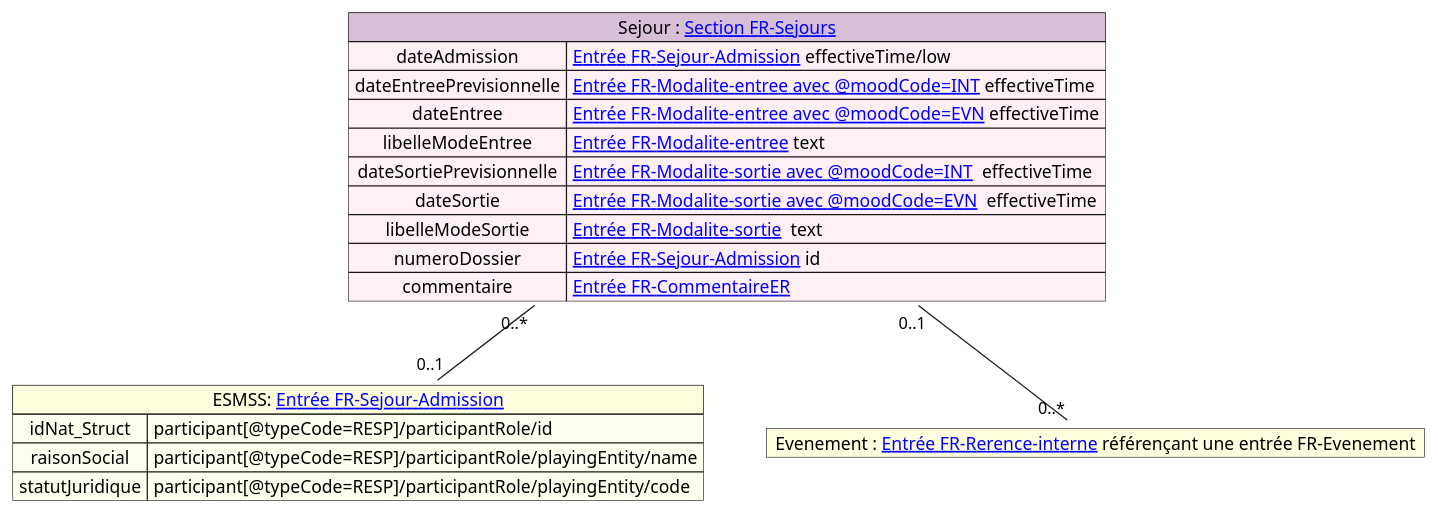
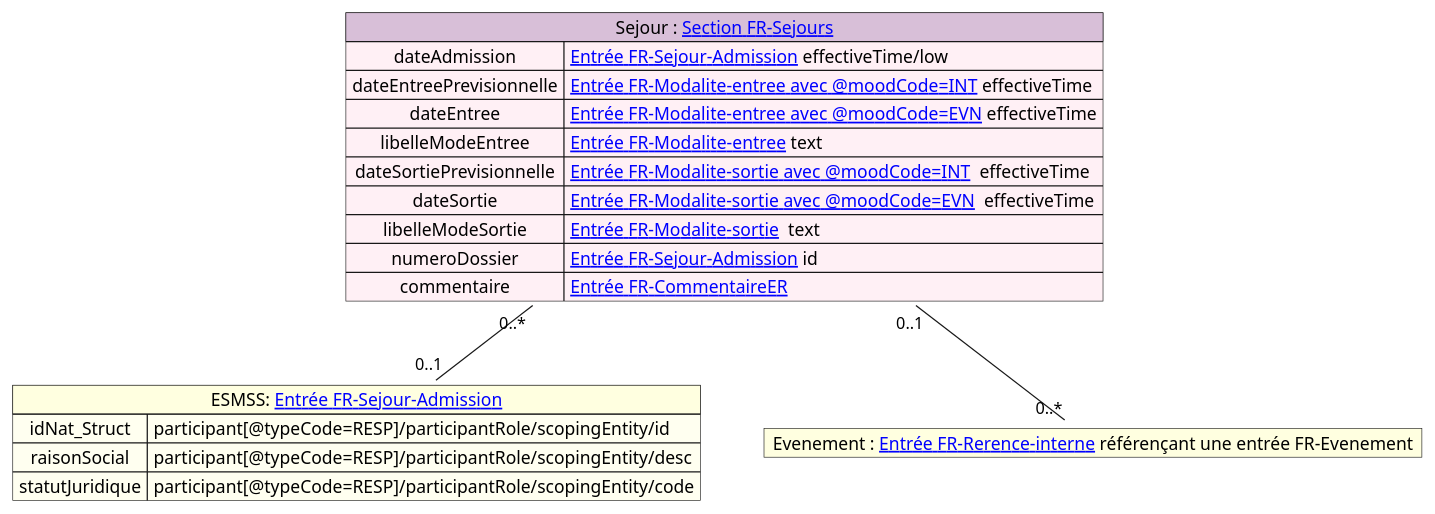
The diagram in input/images-source/mapping_sejour.plantuml (ansforge/IG-fhir-transfert-donnees-dui-esms), drawn with PlantUML before and after one commit. The commit also changed 3 other files, not shown here.

```diff
--- a/input/images-source/mapping_sejour.plantuml
+++ b/input/images-source/mapping_sejour.plantuml
@@ -1,30 +1,30 @@
 @startuml
 
 
 map "Sejour : [[contenu_dossier_corps_cda.html Section FR-Sejours]]" as Sejour #back:LavenderBlush;header:Thistle{
     dateAdmission => [[contenu_dossier_corps_cda.html Entrée FR-Sejour-Admission]] effectiveTime/low
     dateEntreePrevisionnelle => [[contenu_dossier_corps_cda.html Entrée FR-Modalite-entree avec @moodCode=INT]] effectiveTime
     dateEntree => [[contenu_dossier_corps_cda.html Entrée FR-Modalite-entree avec @moodCode=EVN]] effectiveTime
     libelleModeEntree => [[contenu_dossier_corps_cda.html Entrée FR-Modalite-entree]] text
     dateSortiePrevisionnelle => [[contenu_dossier_corps_cda.html Entrée FR-Modalite-sortie avec @moodCode=INT]]  effectiveTime
     dateSortie => [[contenu_dossier_corps_cda.html Entrée FR-Modalite-sortie avec @moodCode=EVN]]  effectiveTime
     libelleModeSortie => [[contenu_dossier_corps_cda.html Entrée FR-Modalite-sortie]]  text
     numeroDossier => [[contenu_dossier_corps_cda.html Entrée FR-Sejour-Admission]] id
     commentaire => [[contenu_dossier_corps_cda.html Entrée FR-CommentaireER]]
 }
 
 
 map "ESMSS: [[contenu_dossier_corps_cda.html Entrée FR-Sejour-Admission]]" as ESSMS #back:Ivory;header:LightYellow {
-    idNat_Struct => participant[@typeCode=RESP]/participantRole/id
-    raisonSocial => participant[@typeCode=RESP]/participantRole/playingEntity/name
-    statutJuridique => participant[@typeCode=RESP]/participantRole/playingEntity/code
+    idNat_Struct => participant[@typeCode=RESP]/participantRole/scopingEntity/id
+    raisonSocial => participant[@typeCode=RESP]/participantRole/scopingEntity/desc
+    statutJuridique => participant[@typeCode=RESP]/participantRole/scopingEntity/code
 }
 
 map "Evenement : [[contenu_dossier_corps_cda.html Entrée FR-Rerence-interne]] référençant une entrée FR-Evenement" as Evenement #back:LightYellow;header:LightYellow{
 }
 
 Sejour "0..*" -- "0..1" ESSMS
 Sejour "0..1"--"0..*" Evenement
 
 
 @enduml
```
